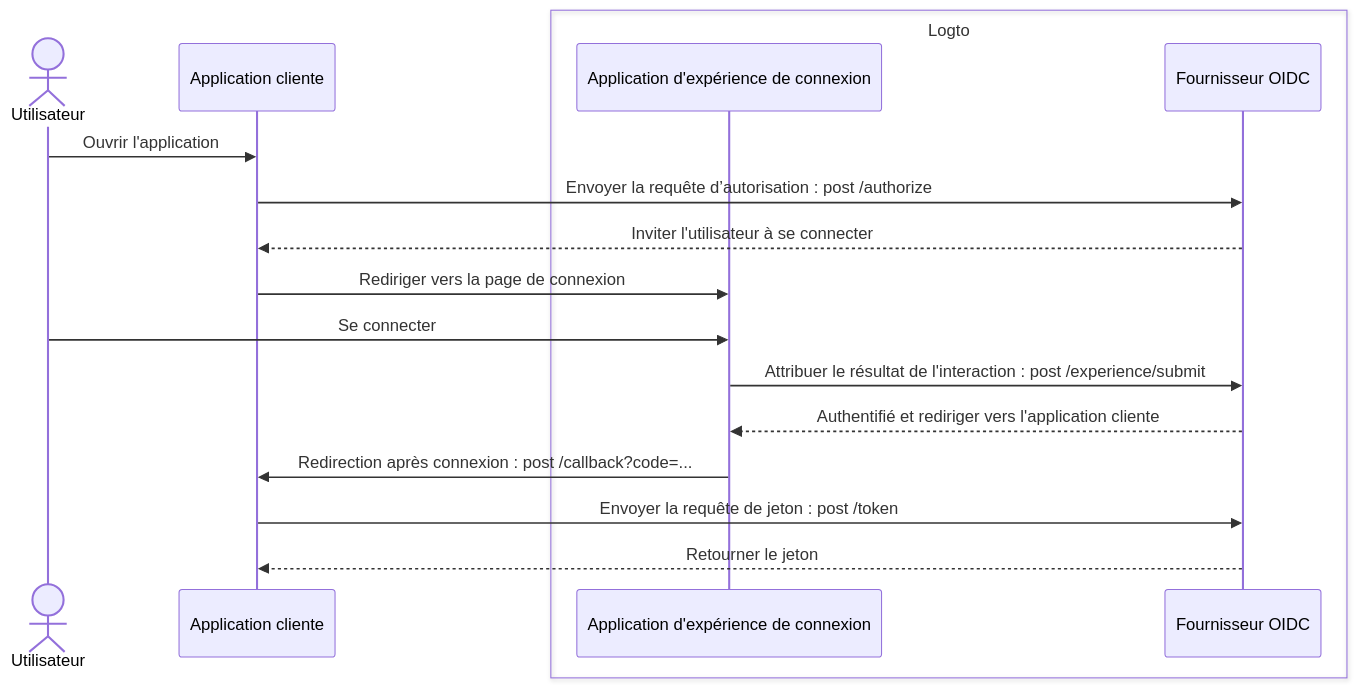
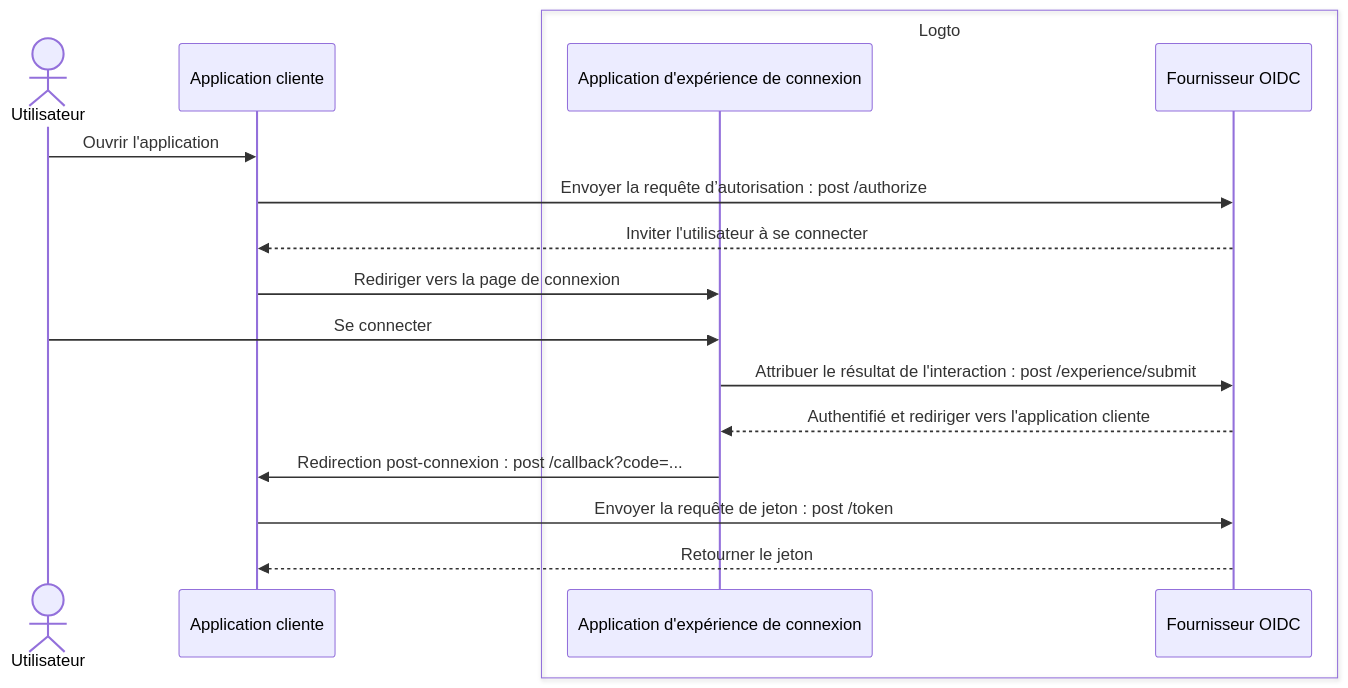
One commit to logto-io/docs changed the first of 2 diagrams in i18n/fr/docusaurus-plugin-content-docs/current/end-user-flows/sign-up-and-sign-in/README.mdx. Above: the diagram before and after it, drawn with Mermaid. The commit also changed other lines of this file and 428 other files, not shown here.

````diff
--- a/i18n/fr/docusaurus-plugin-content-docs/current/end-user-flows/sign-up-and-sign-in/README.mdx
+++ b/i18n/fr/docusaurus-plugin-content-docs/current/end-user-flows/sign-up-and-sign-in/README.mdx
@@ -13,21 +13,21 @@
 ```mermaid
 sequenceDiagram
   actor user as Utilisateur
   participant client as Application cliente
 
   box Logto
     participant experience as Application d'expérience de connexion
     participant oidc as Fournisseur OIDC
   end
 
   user ->> client: Ouvrir l'application
   client ->> oidc: Envoyer la requête d’autorisation : post /authorize
   oidc -->> client: Inviter l'utilisateur à se connecter
   client ->> experience: Rediriger vers la page de connexion
   user ->> experience: Se connecter
   experience ->> oidc: Attribuer le résultat de l'interaction : post /experience/submit
   oidc -->> experience: Authentifié et rediriger vers l'application cliente
-  experience ->> client: Redirection après connexion : post /callback?code=...
+  experience ->> client: Redirection post-connexion : post /callback?code=...
   client ->> oidc: Envoyer la requête de jeton : post /token
   oidc -->> client: Retourner le jeton
 ```
````
